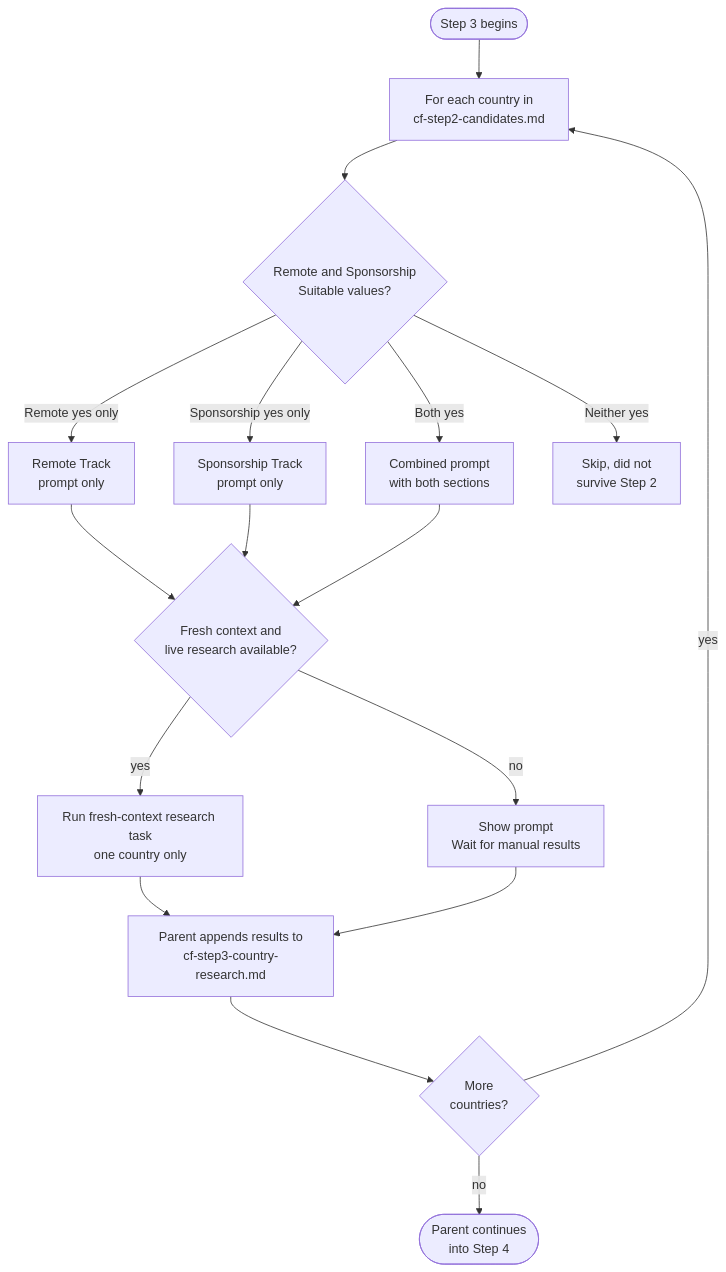
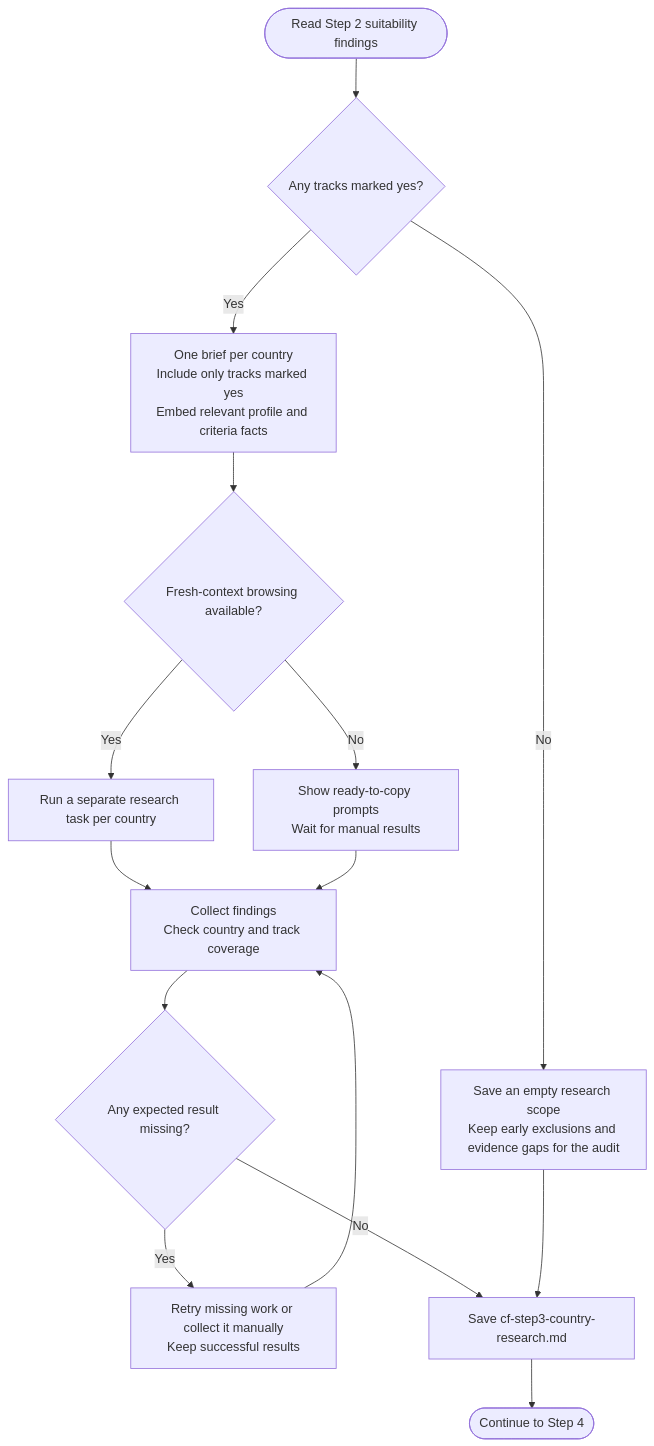
One commit to myowinthein/agent-compass changed the diagram in docs/commands/country-finder/step3-research-prompt-generator.md. Above: the diagram before and after it, drawn with Mermaid. The commit also changed other lines of this file and 17 other files, not shown here.

Commit message:
docs(commands): simplify command guides and flow diagrams

````diff
--- a/docs/commands/country-finder/step3-research-prompt-generator.md
+++ b/docs/commands/country-finder/step3-research-prompt-generator.md
@@ -14,19 +14,17 @@
 ```mermaid
 flowchart TD
-  Start([Step 3 begins]) --> ForEach[For each country in\ncf-step2-candidates.md]
-  ForEach --> TrackCheck{Remote and Sponsorship\nSuitable values?}
-  TrackCheck -->|Remote yes only| RemoteP[Remote Track\nprompt only]
-  TrackCheck -->|Sponsorship yes only| SponP[Sponsorship Track\nprompt only]
-  TrackCheck -->|Both yes| Combined[Combined prompt\nwith both sections]
-  TrackCheck -->|Neither yes| SkipCountry[Skip, did not\nsurvive Step 2]
-  RemoteP --> Capability{Fresh context and\nlive research available?}
-  SponP --> Capability
-  Combined --> Capability
-  Capability -->|yes| RunAgent[Run fresh-context research task\none country only]
-  RunAgent --> Append[Parent appends results to\ncf-step3-country-research.md]
-  Capability -->|no| Manual[Show prompt\nWait for manual results]
-  Manual --> Append
-  Append --> More{More\ncountries?}
-  More -->|yes| ForEach
-  More -->|no| Done([Parent continues\ninto Step 4])
+  Start(["Read Step 2 suitability findings"]) --> Eligible{"Any tracks marked yes?"}
+  Eligible -->|No| Empty["Save an empty research scope<br/>Keep early exclusions and evidence gaps for the audit"]
+  Eligible -->|Yes| Brief["One brief per country<br/>Include only tracks marked yes<br/>Embed relevant profile and criteria facts"]
+  Brief --> Cap{"Fresh-context browsing available?"}
+  Cap -->|Yes| Tasks["Run a separate research task per country"]
+  Cap -->|No| Manual["Show ready-to-copy prompts<br/>Wait for manual results"]
+  Tasks --> Collect["Collect findings<br/>Check country and track coverage"]
+  Manual --> Collect
+  Collect --> Missing{"Any expected result missing?"}
+  Missing -->|Yes| Resolve["Retry missing work or collect it manually<br/>Keep successful results"]
+  Resolve --> Collect
+  Missing -->|No| Save["Save cf-step3-country-research.md"]
+  Empty --> Save
+  Save --> Next(["Continue to Step 4"])
 ```
````
